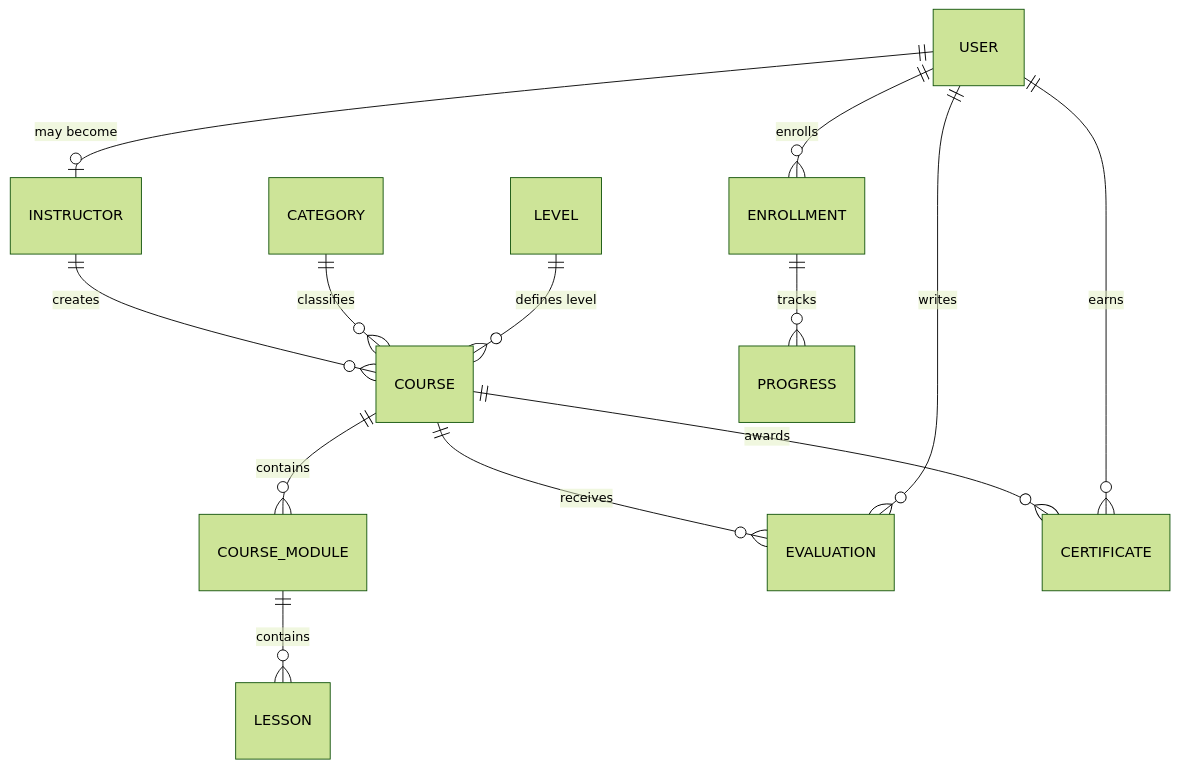
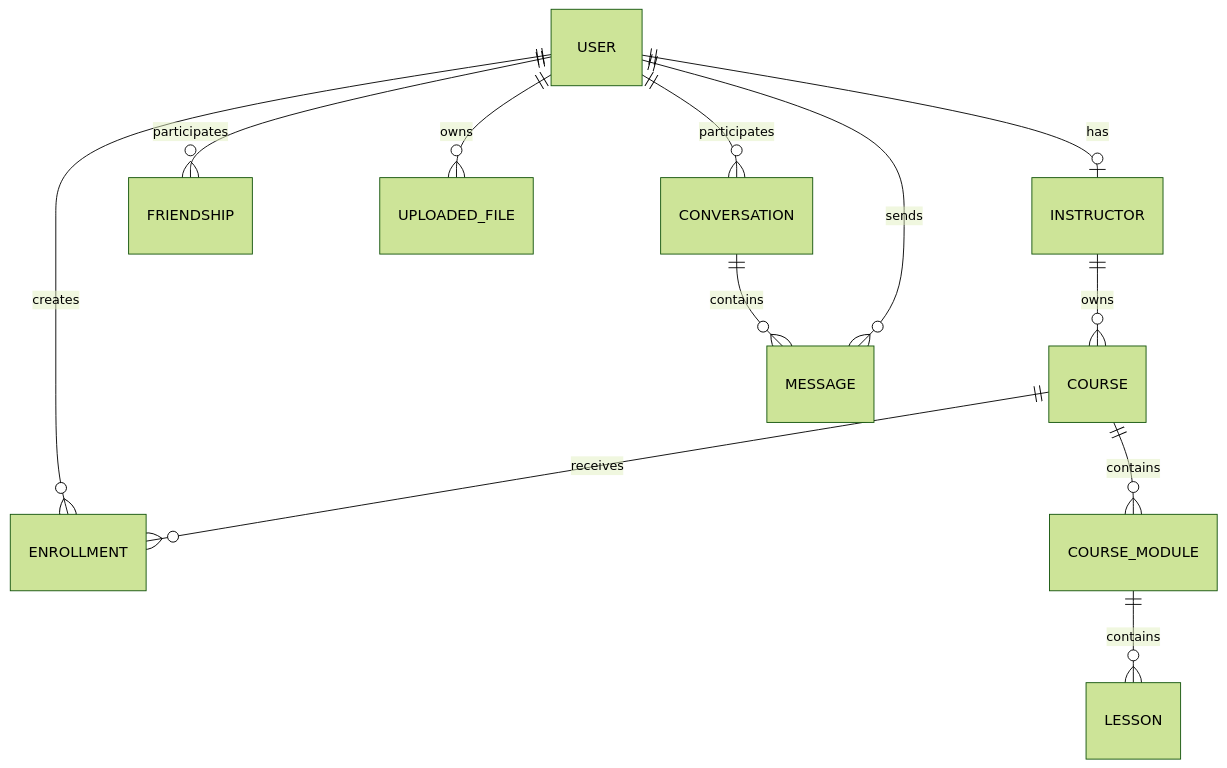
Before and after one commit to MatheusViuge/transcendece: the diagram in README.md, drawn with Mermaid (forest theme). The commit also changed other lines of this file, not shown here.

Commit message:
docs: finalize evaluation README

````diff
--- a/README.md
+++ b/README.md
@@ -304,15 +269,14 @@
 ```mermaid
 erDiagram
-    USER ||--o| INSTRUCTOR : "may become"
-    USER ||--o{ ENROLLMENT : "enrolls"
-    INSTRUCTOR ||--o{ COURSE : "creates"
-    CATEGORY ||--o{ COURSE : "classifies"
-    LEVEL ||--o{ COURSE : "defines level"
-    COURSE ||--o{ COURSE_MODULE : "contains"
-    COURSE_MODULE ||--o{ LESSON : "contains"
-    ENROLLMENT ||--o{ PROGRESS : "tracks"
-    COURSE ||--o{ EVALUATION : "receives"
-    USER ||--o{ EVALUATION : "writes"
-    COURSE ||--o{ CERTIFICATE : "awards"
-    USER ||--o{ CERTIFICATE : "earns"
+    USER ||--o| INSTRUCTOR : has
+    USER ||--o{ ENROLLMENT : creates
+    INSTRUCTOR ||--o{ COURSE : owns
+    COURSE ||--o{ ENROLLMENT : receives
+    COURSE ||--o{ COURSE_MODULE : contains
+    COURSE_MODULE ||--o{ LESSON : contains
+    USER ||--o{ FRIENDSHIP : participates
+    USER ||--o{ UPLOADED_FILE : owns
+    USER ||--o{ CONVERSATION : participates
+    CONVERSATION ||--o{ MESSAGE : contains
+    USER ||--o{ MESSAGE : sends
 ```
````
